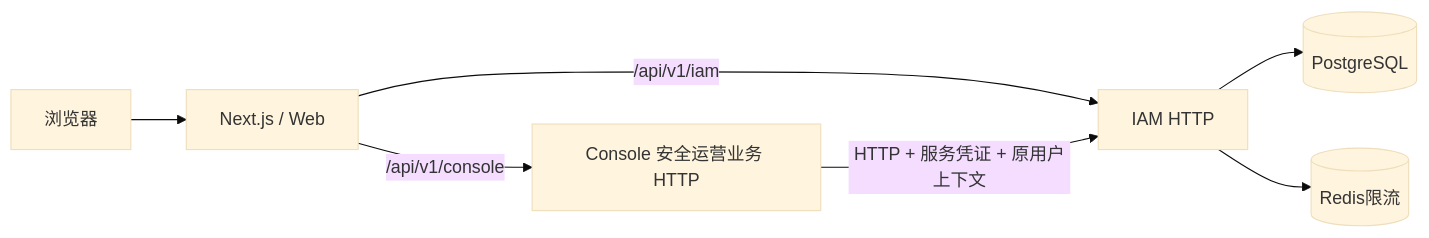
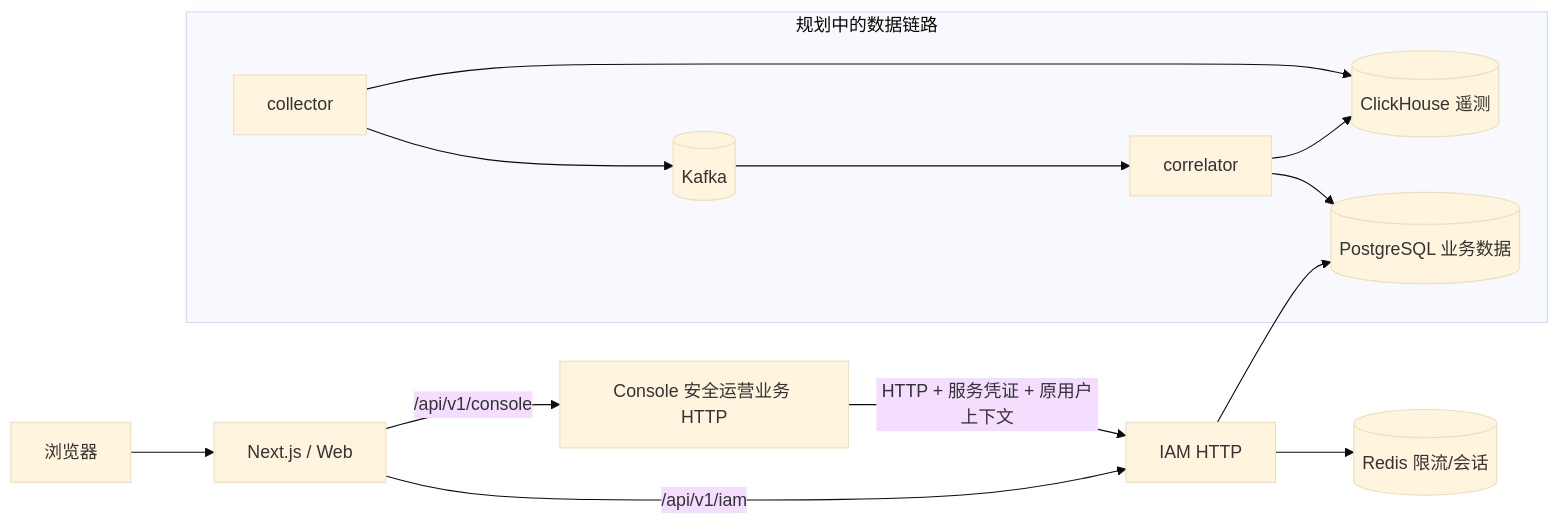
Before and after one commit to EayonLee/SecPlexus: the diagram in docs/architecture/03-deployment-architecture.md, drawn with Mermaid (base theme). The commit also changed other lines of this file and 63 other files, not shown here.

First line of the commit message:
docs(architecture): add llm-gateway boundary and revise storage topology

````diff
--- a/docs/architecture/03-deployment-architecture.md
+++ b/docs/architecture/03-deployment-architecture.md
@@ -20,9 +41,16 @@
 ```mermaid
 flowchart LR
     U[浏览器] --> W[Next.js / Web]
     W -->|/api/v1/iam| I[IAM HTTP]
     W -->|/api/v1/console| C[Console 安全运营业务 HTTP]
     C -->|HTTP + 服务凭证 + 原用户上下文| I
-    I --> P[(PostgreSQL)]
-    I --> R[(Redis限流)]
+    I --> P[(PostgreSQL 业务数据)]
+    I --> R[(Redis 限流/会话)]
+    subgraph 规划中的数据链路
+      COL[collector] --> K[(Kafka)]
+      K --> COR[correlator]
+      COR --> P
+      COL --> CH[(ClickHouse 遥测)]
+      COR --> CH
+    end
 ```
````
